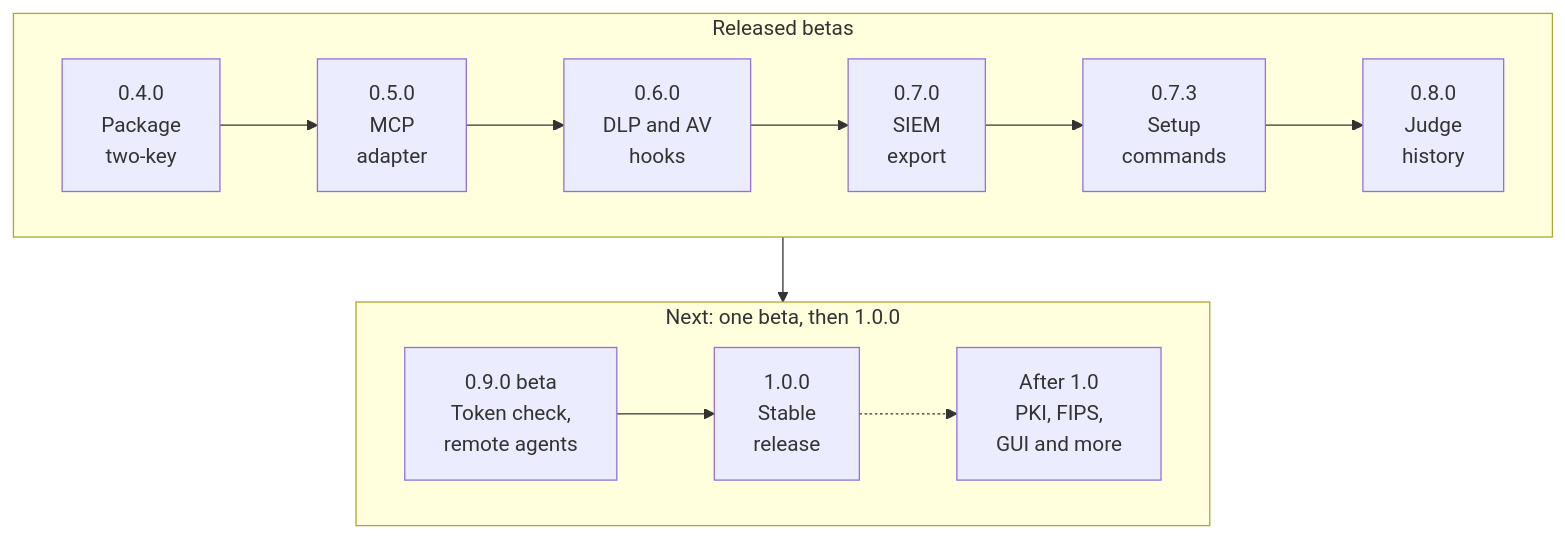
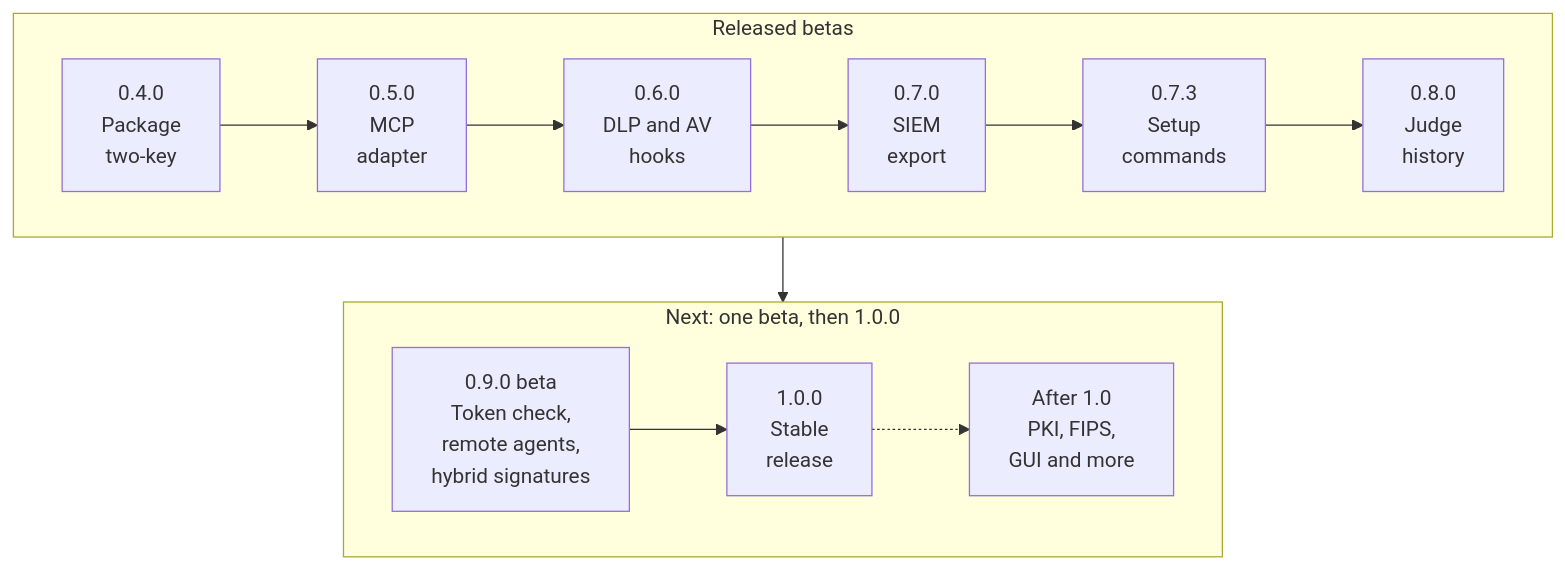
The fourth of 4 diagrams in README.md (Insomniac-VibeLabs/two-key), drawn with Mermaid before and after one commit. The commit also changed other lines of this file and 13 other files, not shown here.

````diff
--- a/README.md
+++ b/README.md
@@ -685,12 +689,12 @@
 ```mermaid
 flowchart TD
   subgraph done["Released betas"]
     direction LR
     r04["0.4.0<br/>Package<br/>two-key"] --> r05["0.5.0<br/>MCP<br/>adapter"] --> r06["0.6.0<br/>DLP and AV<br/>hooks"] --> r07["0.7.0<br/>SIEM<br/>export"] --> r073["0.7.3<br/>Setup<br/>commands"] --> r08["0.8.0<br/>Judge<br/>history"]
   end
   subgraph next["Next: one beta, then 1.0.0"]
     direction LR
-    r09["0.9.0 beta<br/>Token check,<br/>remote agents"] --> r10["1.0.0<br/>Stable<br/>release"] -.-> after["After 1.0<br/>PKI, FIPS,<br/>GUI and more"]
+    r09["0.9.0 beta<br/>Token check,<br/>remote agents,<br/>hybrid signatures"] --> r10["1.0.0<br/>Stable<br/>release"] -.-> after["After 1.0<br/>PKI, FIPS,<br/>GUI and more"]
   end
   done --> next
 ```
````
